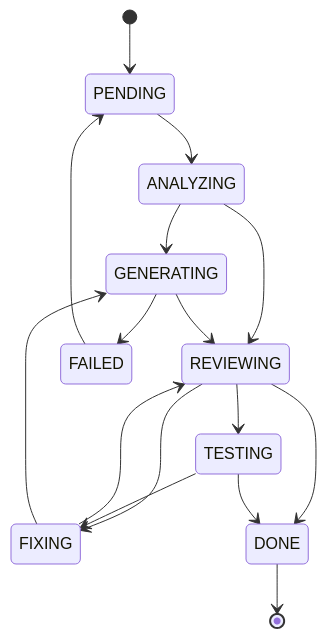
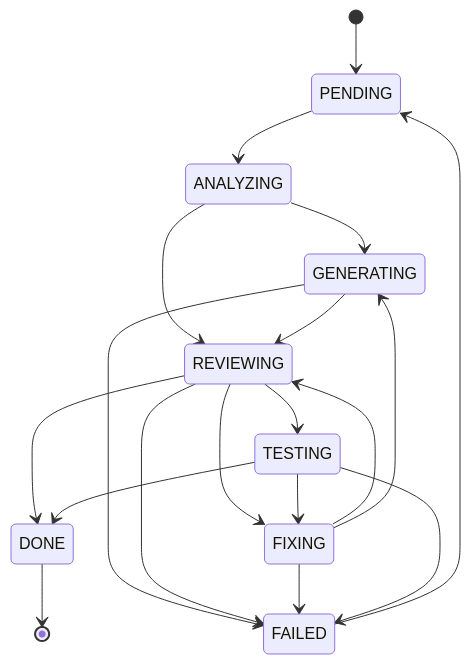
Before and after one commit to hhhhhhh520/CodeCraft-Agent: the third of 3 diagrams in README.md, drawn with Mermaid. The commit also changed other lines of this file and 1 other file, not shown here.

````diff
--- a/README.md
+++ b/README.md
@@ -213,18 +212,21 @@
 ```mermaid
 stateDiagram-v2
     [*] --> PENDING
     PENDING --> ANALYZING
     ANALYZING --> GENERATING
     ANALYZING --> REVIEWING
     GENERATING --> REVIEWING
     GENERATING --> FAILED
     REVIEWING --> TESTING
     REVIEWING --> FIXING
     REVIEWING --> DONE
+    REVIEWING --> FAILED
     FIXING --> REVIEWING
     FIXING --> GENERATING
+    FIXING --> FAILED
     TESTING --> DONE
     TESTING --> FIXING
+    TESTING --> FAILED
     FAILED --> PENDING
     DONE --> [*]
 ```
````
